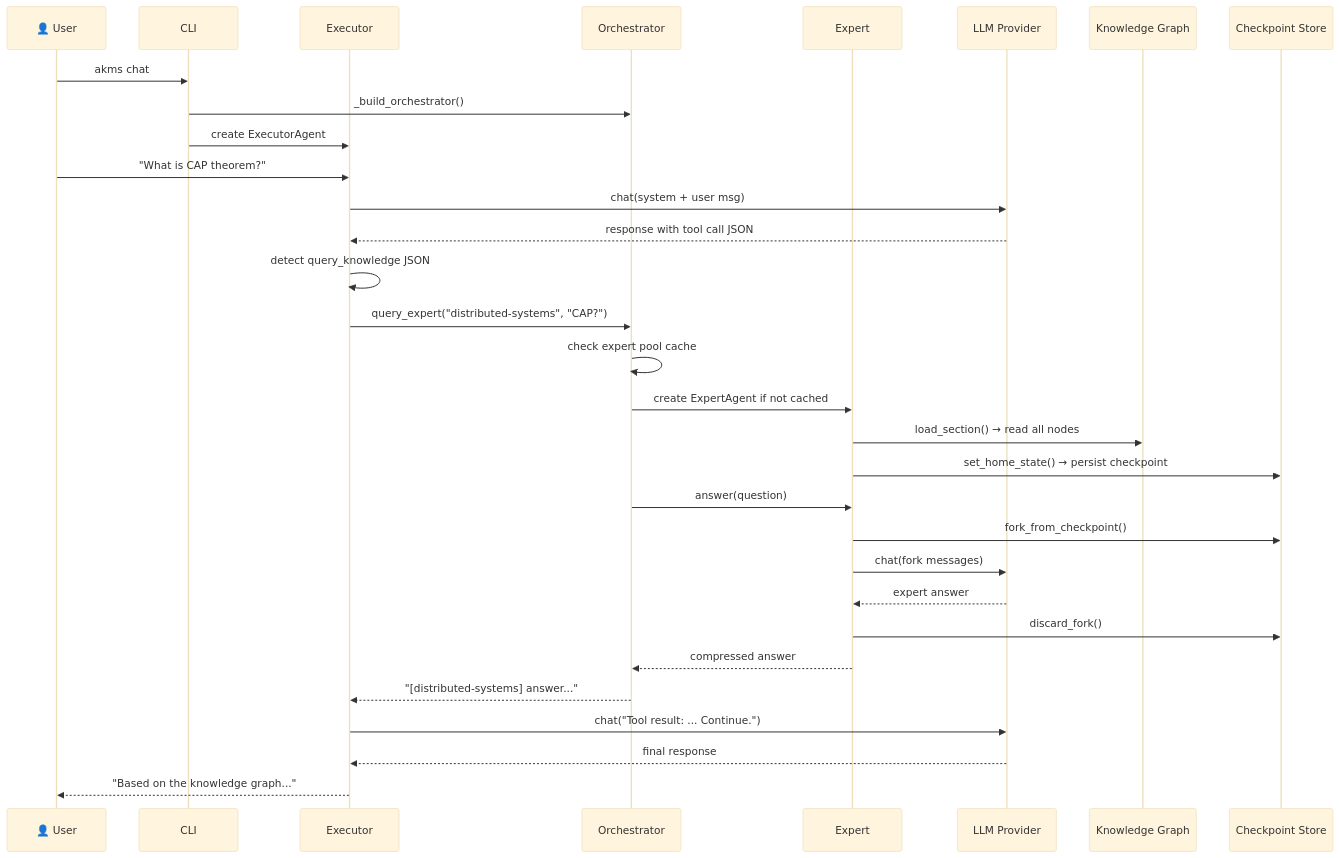
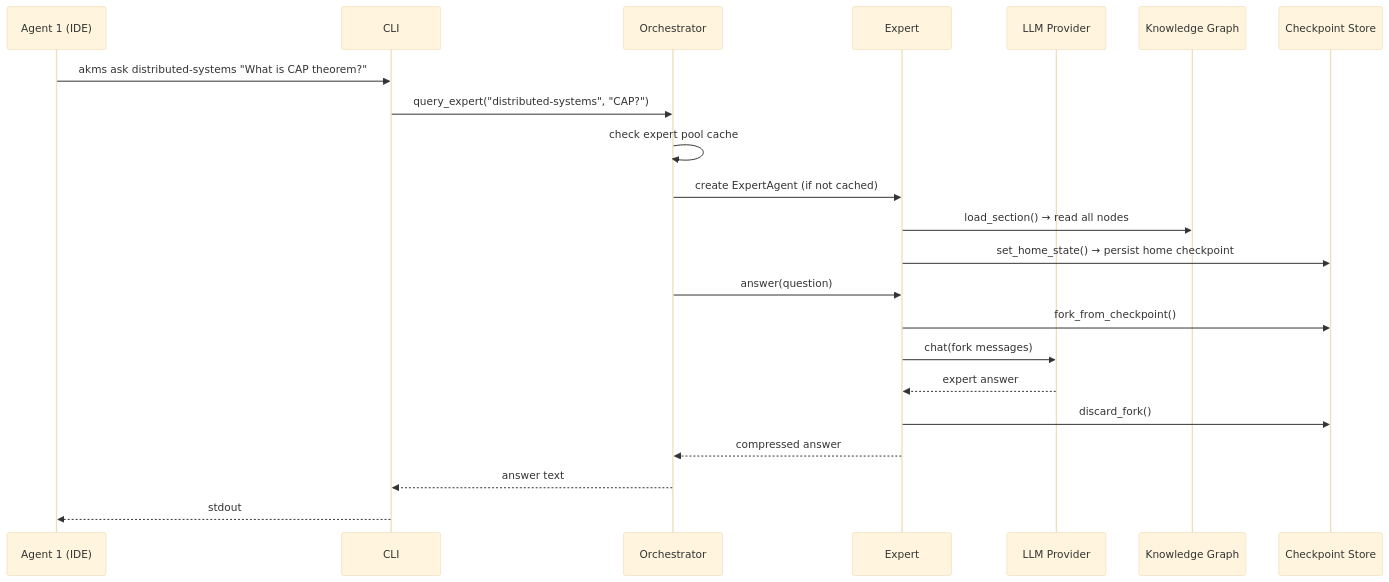
One commit to TheRealOP/Agent-Knowledge-Management-System changed the third of 17 diagrams in how-this-works.md. Above: the diagram before and after it, drawn with Mermaid (base theme). The commit also changed other lines of this file, not shown here.

````diff
--- a/how-this-works.md
+++ b/how-this-works.md
@@ -211,34 +203,25 @@
 ```mermaid
 sequenceDiagram
-    participant U as 👤 User
+    participant A1 as Agent 1 (IDE)
     participant CLI as CLI
-    participant E as Executor
     participant O as Orchestrator
     participant X as Expert
     participant P as LLM Provider
     participant KG as Knowledge Graph
     participant CP as Checkpoint Store
 
-    U->>CLI: akms chat
-    CLI->>O: _build_orchestrator()
-    CLI->>E: create ExecutorAgent
-    U->>E: "What is CAP theorem?"
-    E->>P: chat(system + user msg)
-    P-->>E: response with tool call JSON
-    E->>E: detect query_knowledge JSON
-    E->>O: query_expert("distributed-systems", "CAP?")
+    A1->>CLI: akms ask distributed-systems "What is CAP theorem?"
+    CLI->>O: query_expert("distributed-systems", "CAP?")
     O->>O: check expert pool cache
-    O->>X: create ExpertAgent if not cached
+    O->>X: create ExpertAgent (if not cached)
     X->>KG: load_section() → read all nodes
-    X->>CP: set_home_state() → persist checkpoint
+    X->>CP: set_home_state() → persist home checkpoint
     O->>X: answer(question)
     X->>CP: fork_from_checkpoint()
     X->>P: chat(fork messages)
     P-->>X: expert answer
     X->>CP: discard_fork()
     X-->>O: compressed answer
-    O-->>E: "[distributed-systems] answer..."
-    E->>P: chat("Tool result: ... Continue.")
-    P-->>E: final response
-    E-->>U: "Based on the knowledge graph..."
+    O-->>CLI: answer text
+    CLI-->>A1: stdout
 ```
````
